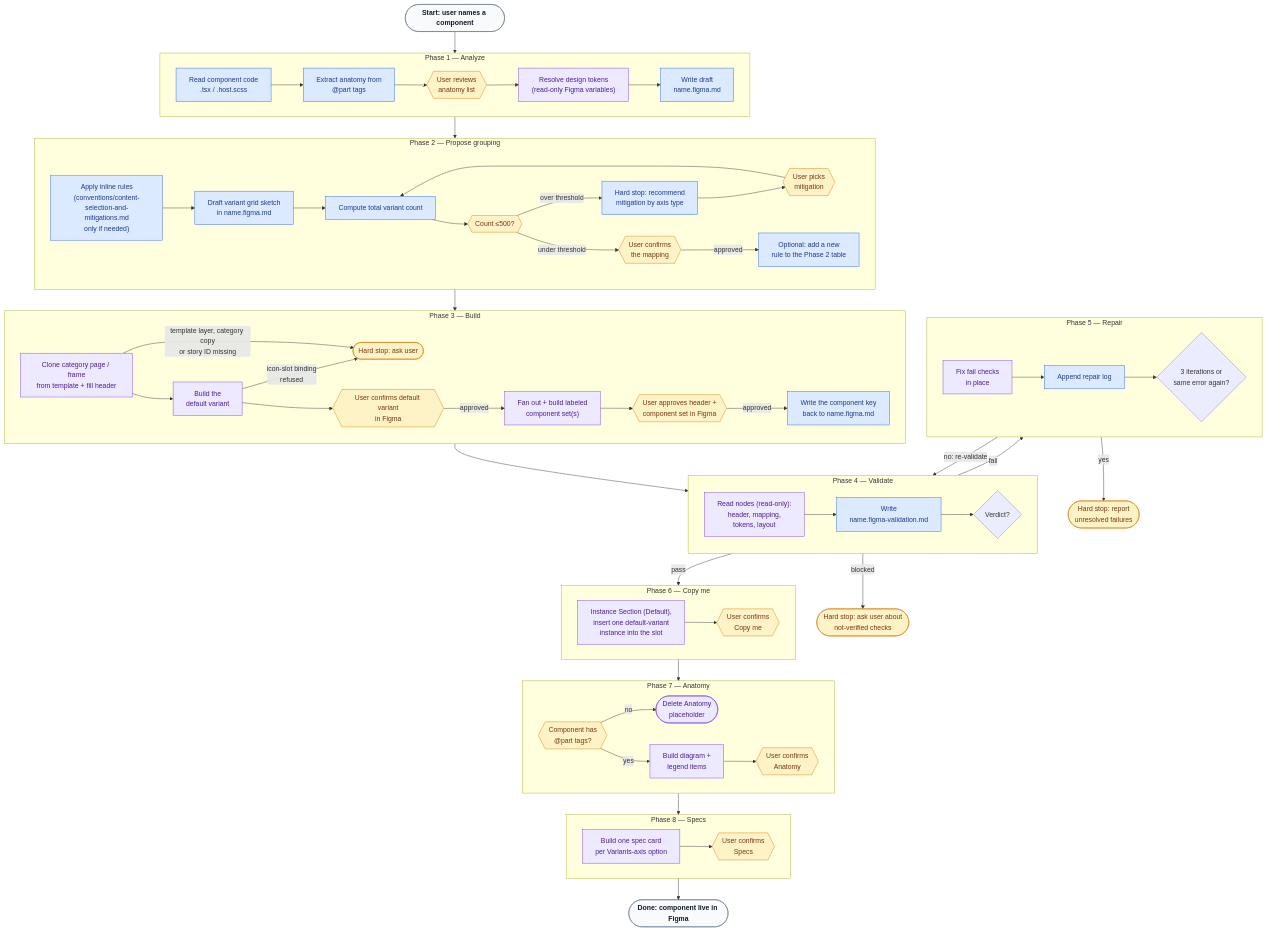
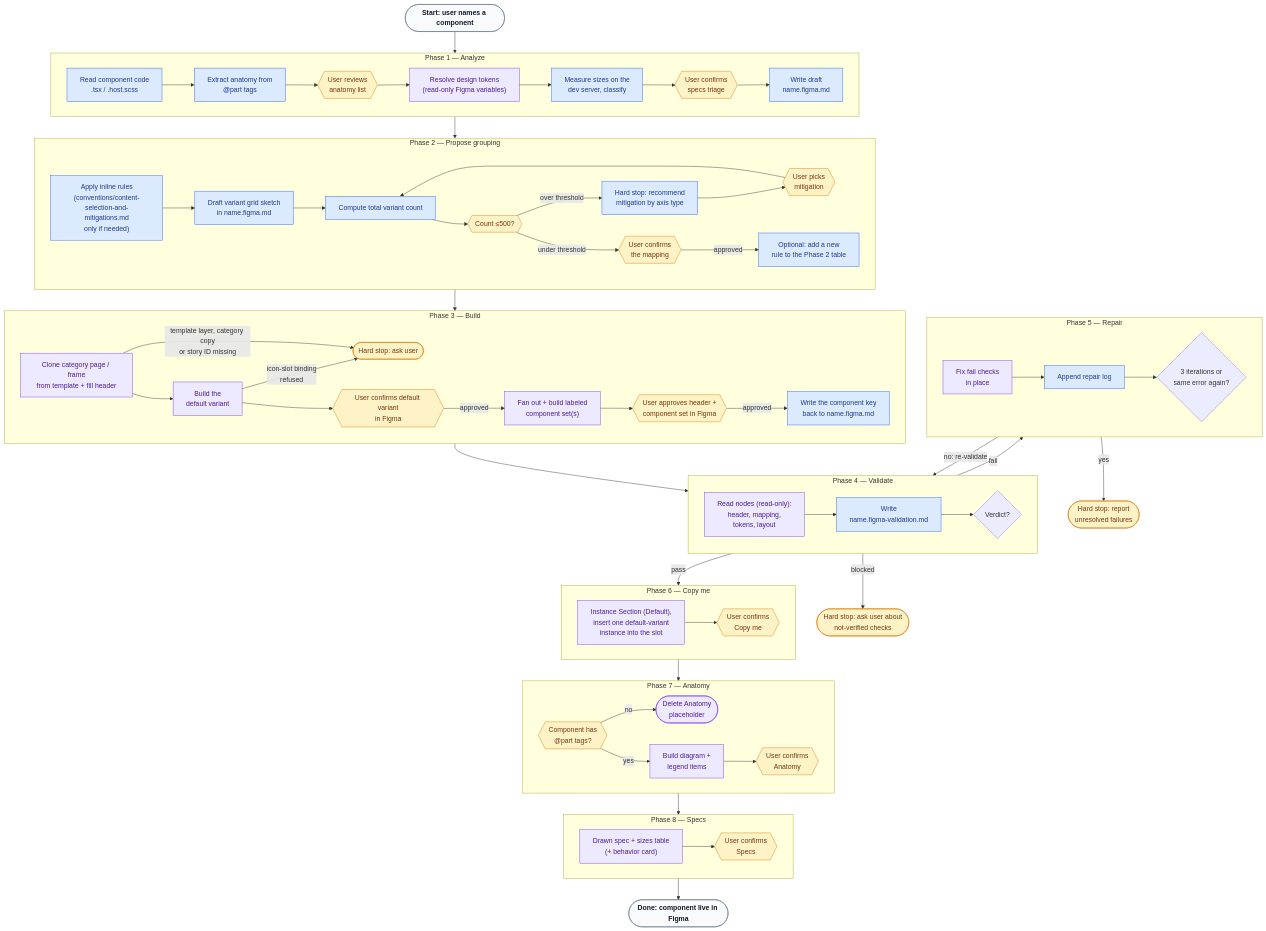
Before and after one commit to helvetia-design/design-system: the diagram in .claude/skills/ds-code-to-figma/SKILL.md, drawn with Mermaid. The commit also changed other lines of this file and 14 other files, not shown here.

First line of the commit message:
rework figma skill specs and naming/order rules

```diff
--- a/.claude/skills/ds-code-to-figma/SKILL.md
+++ b/.claude/skills/ds-code-to-figma/SKILL.md
@@ -53,7 +55,9 @@
         P1a["Read component code<br/>.tsx / .host.scss"]:::code --> P1anat["Extract anatomy from<br/>@part tags"]:::code
         P1anat --> P1anatC{{"User reviews<br/>anatomy list"}}:::human
         P1anatC --> P1b["Resolve design tokens<br/>(read-only Figma variables)"]:::figma
-        P1b --> P1c["Write draft<br/>name.figma.md"]:::code
+        P1b --> P1m["Measure sizes on the<br/>dev server, classify"]:::code
+        P1m --> P1mC{{"User confirms<br/>specs triage"}}:::human
+        P1mC --> P1c["Write draft<br/>name.figma.md"]:::code
     end
 
     P1G --> P2G
@@ -122,7 +126,7 @@
 
     subgraph P8G["Phase 8 — Specs"]
         direction LR
-        P8a["Build one spec card<br/>per Variants-axis option"]:::figma --> P8b{{"User confirms<br/>Specs"}}:::human
+        P8a["Drawn spec + sizes table<br/>(+ behavior card)"]:::figma --> P8b{{"User confirms<br/>Specs"}}:::human
     end
 
     P8G --> Done(["Done: component live in Figma"]):::phase
```
